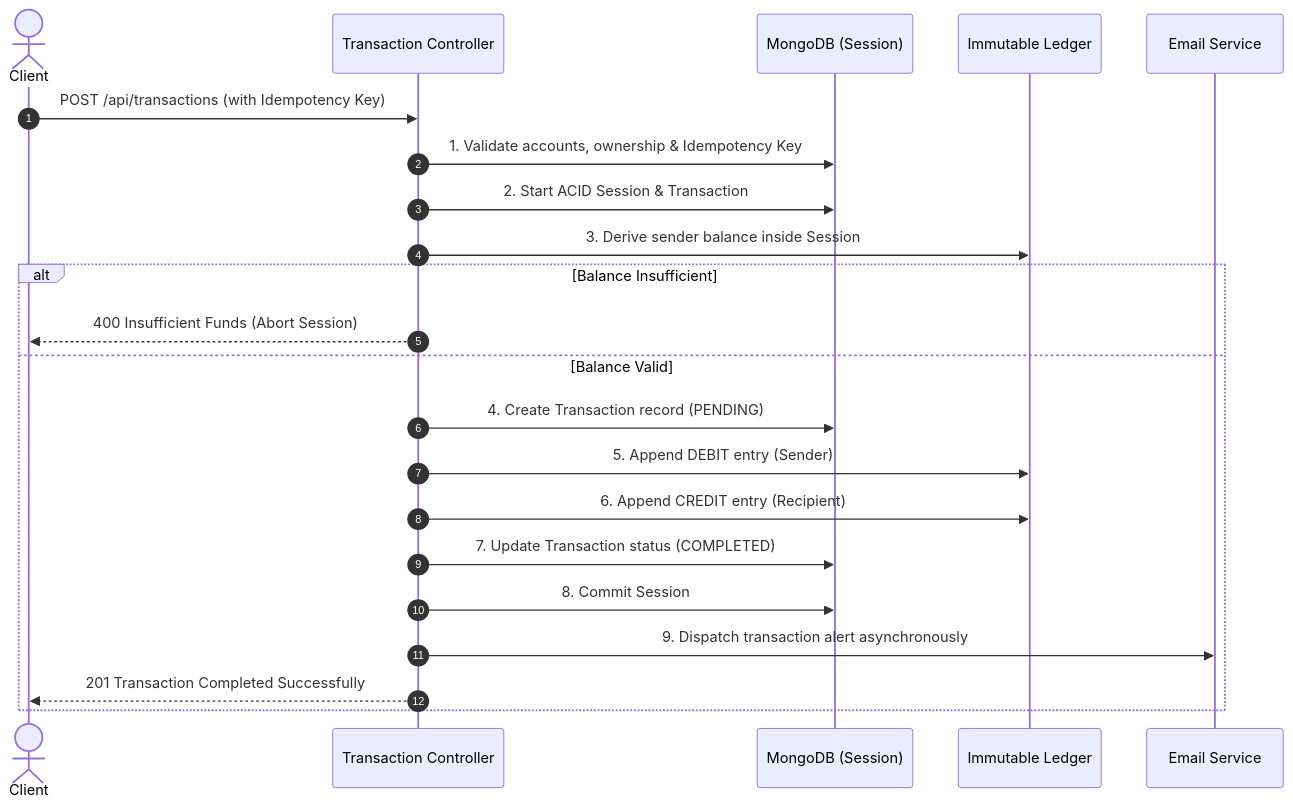
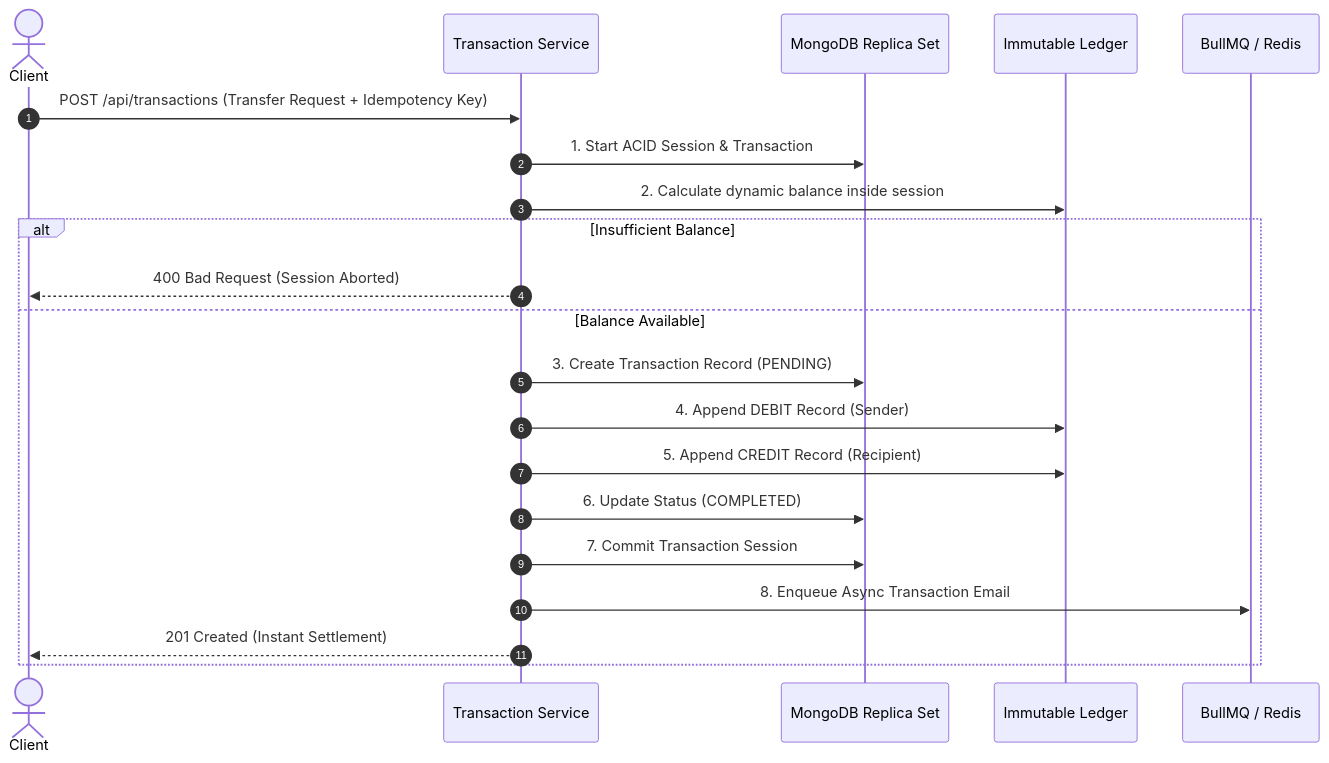
The second of 3 diagrams in README.md (vishalkumar2501/VaultX-Banking-System), drawn with Mermaid before and after one commit. The commit also changed other lines of this file and 35 other files, not shown here.

````diff
--- a/README.md
+++ b/README.md
@@ -52,25 +85,24 @@
 ```mermaid
 sequenceDiagram
     autonumber
     actor Client
-    participant Controller as Transaction Controller
-    participant DB as MongoDB (Session)
+    participant Controller as Transaction Service
+    participant Mongo as MongoDB Replica Set
     participant Ledger as Immutable Ledger
-    participant Email as Email Service
+    participant Queue as BullMQ / Redis
 
-    Client->>Controller: POST /api/transactions (with Idempotency Key)
-    Controller->>DB: 1. Validate accounts, ownership & Idempotency Key
-    Controller->>DB: 2. Start ACID Session & Transaction
-    Controller->>Ledger: 3. Derive sender balance inside Session
-    alt Balance Insufficient
-        Controller-->>Client: 400 Insufficient Funds (Abort Session)
-    else Balance Valid
-        Controller->>DB: 4. Create Transaction record (PENDING)
-        Controller->>Ledger: 5. Append DEBIT entry (Sender)
-        Controller->>Ledger: 6. Append CREDIT entry (Recipient)
-        Controller->>DB: 7. Update Transaction status (COMPLETED)
-        Controller->>DB: 8. Commit Session
-        Controller->>Email: 9. Dispatch transaction alert asynchronously
-        Controller-->>Client: 201 Transaction Completed Successfully
+    Client->>Controller: POST /api/transactions (Transfer Request + Idempotency Key)
+    Controller->>Mongo: 1. Start ACID Session & Transaction
+    Controller->>Ledger: 2. Calculate dynamic balance inside session
+    alt Insufficient Balance
+        Controller-->>Client: 400 Bad Request (Session Aborted)
+    else Balance Available
+        Controller->>Mongo: 3. Create Transaction Record (PENDING)
+        Controller->>Ledger: 4. Append DEBIT Record (Sender)
+        Controller->>Ledger: 5. Append CREDIT Record (Recipient)
+        Controller->>Mongo: 6. Update Status (COMPLETED)
+        Controller->>Mongo: 7. Commit Transaction Session
+        Controller->>Queue: 8. Enqueue Async Transaction Email
+        Controller-->>Client: 201 Created (Instant Settlement)
     end
 ```
````
